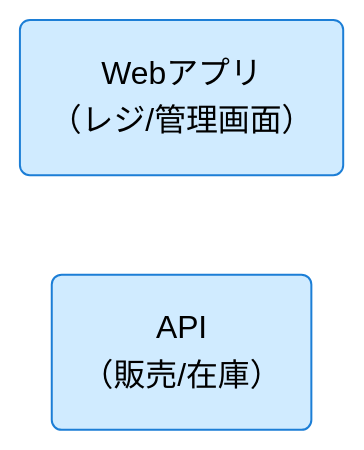
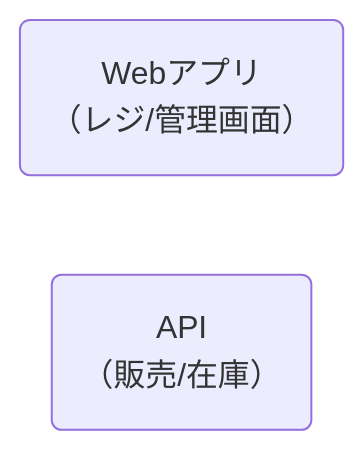
Before and after one commit to specdojo/specdojo: the third of 8 diagrams in docs/ja/specdojo/rulebooks/cnd-mermaid-rulebook.md, drawn with Mermaid. The commit also changed other lines of this file and 7 other files, not shown here.

````diff
--- a/docs/ja/specdojo/rulebooks/cnd-mermaid-rulebook.md
+++ b/docs/ja/specdojo/rulebooks/cnd-mermaid-rulebook.md
@@ -111,8 +90,5 @@
 ```mermaid
 flowchart LR
   Webアプリ("Webアプリ<br>（レジ/管理画面）")
   API("API<br>（販売/在庫）")
-
-  classDef system fill:#d0ebff,stroke:#1c7ed6,color:#000;
-  class Webアプリ,API system;
 ```
````
